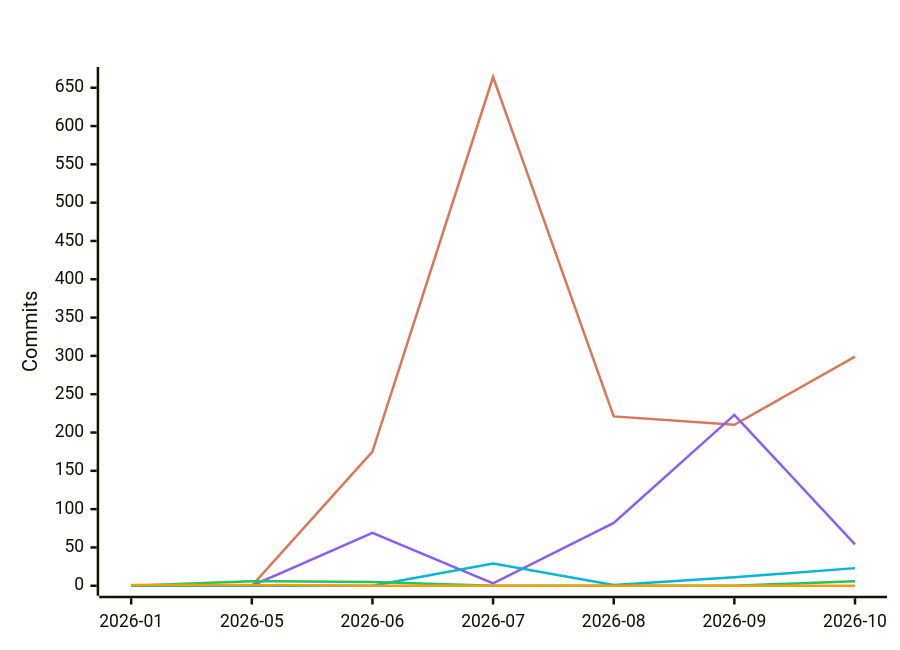
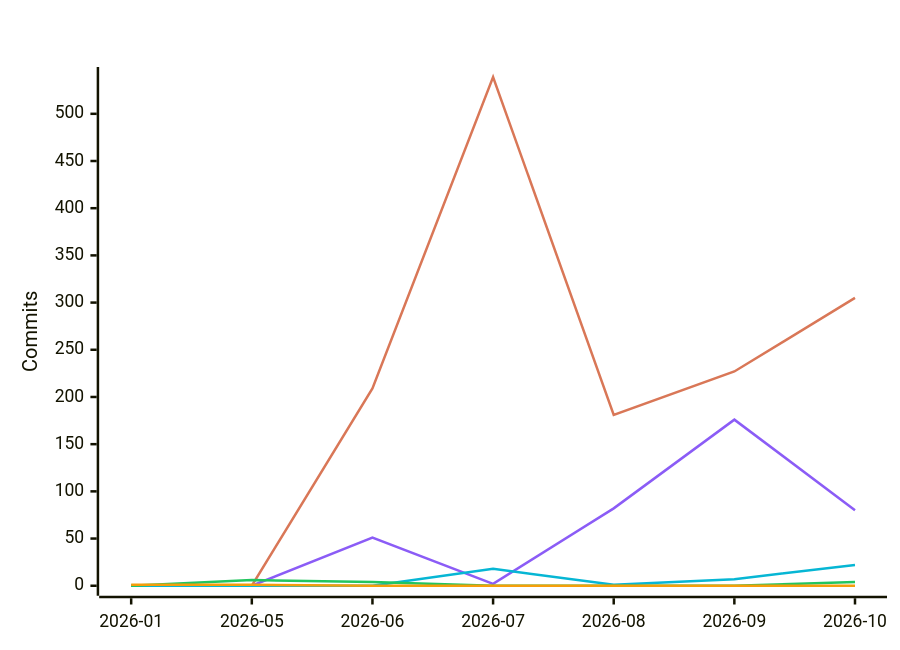
The fifth of 7 diagrams in README.md (polo-nyan/polo-nyan), drawn with Mermaid before and after one commit. The commit also changed other lines of this file and 1 other file, not shown here.

````diff
--- a/README.md
+++ b/README.md
@@ -313,12 +313,12 @@
 ```mermaid
 %%{init: {"xyChart": {"titleColor": "#ffffff", "xAxisLabelColor": "#ffffff", "yAxisLabelColor": "#ffffff"}, "themeVariables": {"xyChart": {"titleColor": "#ffffff", "plotColorPalette": "#d97757, #8b5cf6, #06b6d4, #22c55e, #f59e0b, #ec4899"}}}}%%
 xychart-beta
     title "Commits Per Month by Model Family"
     x-axis ["2026-01", "2026-05", "2026-06", "2026-07", "2026-08", "2026-09", "2026-10"]
     y-axis "Commits"
-    line [0, 0, 175, 664, 221, 210, 299]
-    line [0, 0, 69, 3, 82, 223, 54]
-    line [0, 0, 0, 29, 1, 11, 23]
-    line [0, 6, 5, 0, 0, 0, 6]
+    line [0, 0, 209, 539, 181, 227, 305]
+    line [0, 0, 51, 2, 82, 176, 80]
+    line [0, 0, 0, 18, 1, 7, 22]
+    line [0, 6, 4, 0, 0, 0, 4]
     line [1, 1, 0, 0, 0, 0, 0]
 ```
````
